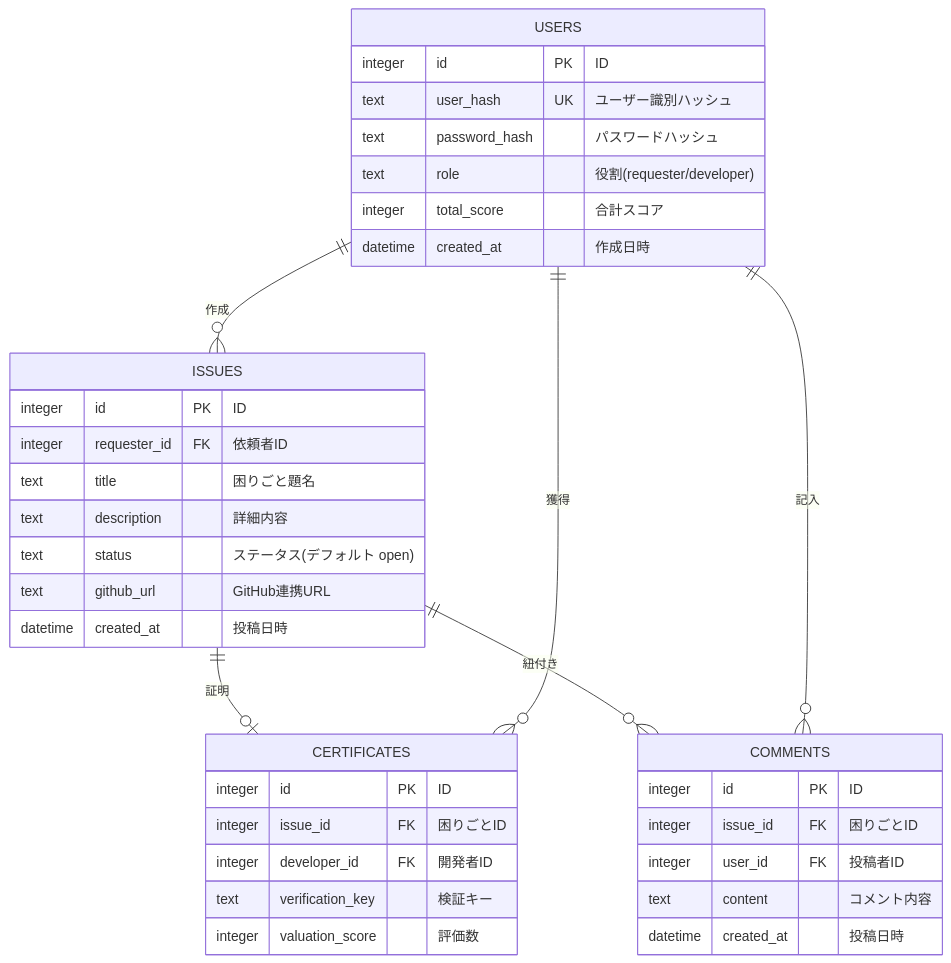
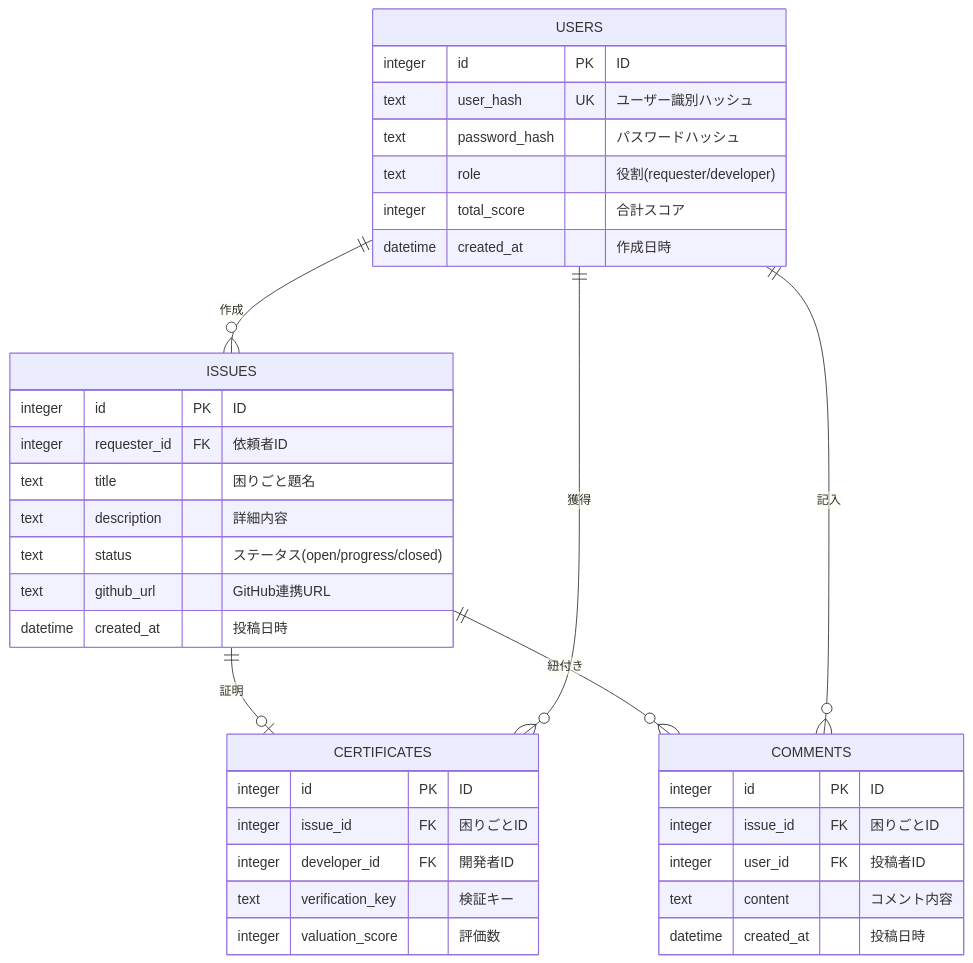
Before and after one commit to matsutanishimpei/m-komarabo: the diagram in er_diagram.md, drawn with Mermaid. The commit also changed 10 other files, not shown here.

````diff
--- a/er_diagram.md
+++ b/er_diagram.md
@@ -1,43 +1,43 @@
 ```mermaid
 erDiagram
     USERS {
         integer id PK "ID"
         text user_hash UK "ユーザー識別ハッシュ"
         text password_hash "パスワードハッシュ"
         text role "役割(requester/developer)"
         integer total_score "合計スコア"
         datetime created_at "作成日時"
     }
 
     ISSUES {
         integer id PK "ID"
         integer requester_id FK "依頼者ID"
         text title "困りごと題名"
         text description "詳細内容"
-        text status "ステータス(デフォルト open)"
+        text status "ステータス(open/progress/closed)"
         text github_url "GitHub連携URL"
         datetime created_at "投稿日時"
     }
 
     CERTIFICATES {
         integer id PK "ID"
         integer issue_id FK "困りごとID"
         integer developer_id FK "開発者ID"
         text verification_key "検証キー"
         integer valuation_score "評価数"
     }
 
     COMMENTS {
         integer id PK "ID"
         integer issue_id FK "困りごとID"
         integer user_id FK "投稿者ID"
         text content "コメント内容"
         datetime created_at "投稿日時"
     }
 
     USERS ||--o{ ISSUES : "作成"
     ISSUES ||--o| CERTIFICATES : "証明"
     USERS ||--o{ CERTIFICATES : "獲得"
     ISSUES ||--o{ COMMENTS : "紐付き"
     USERS ||--o{ COMMENTS : "記入"
 ```
````
